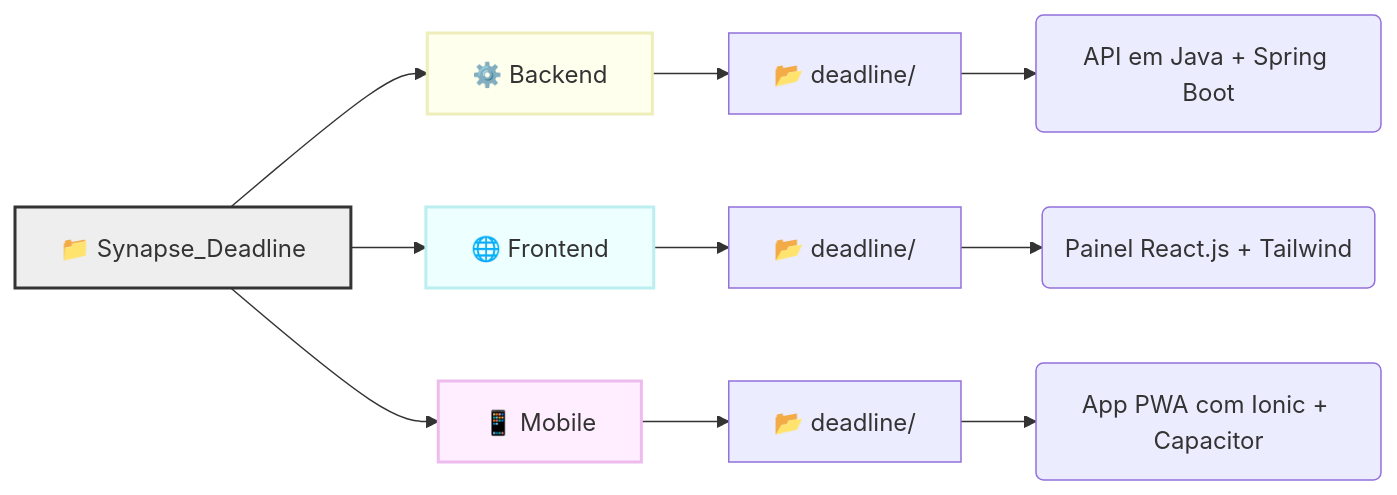
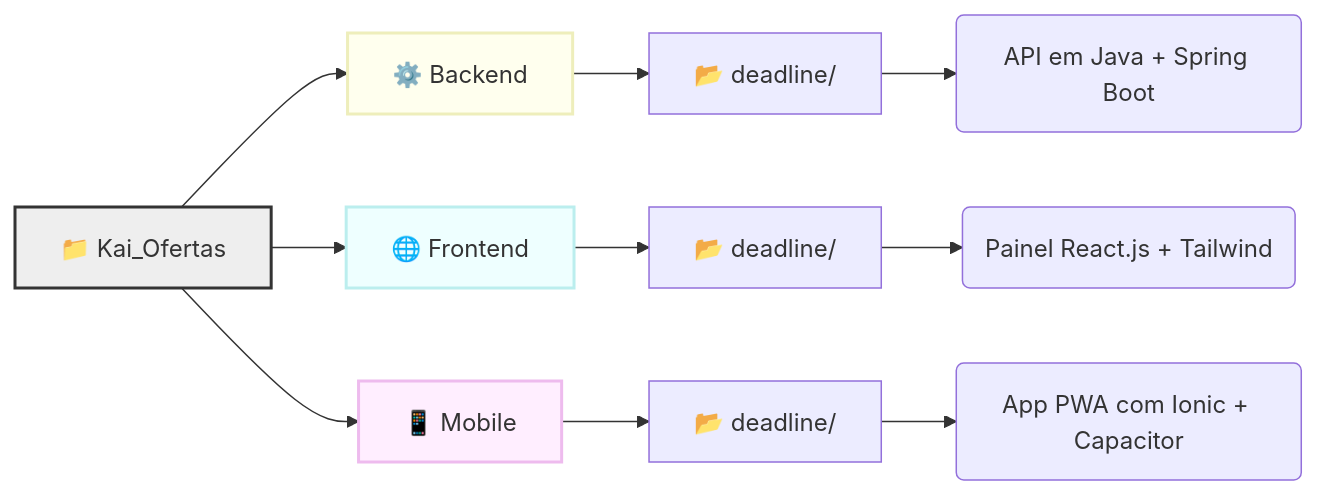
The second of 2 diagrams in README.md (DCF-2/Synapse_Deadline), drawn with Mermaid before and after one commit. The commit also changed other lines of this file and 69 other files, not shown here.

````diff
--- a/README.md
+++ b/README.md
@@ -82,20 +82,20 @@
 ```mermaid
 graph LR
-    R[📁 Synapse_Deadline] --> B[⚙️ Backend]
+    R[📁 Kai_Ofertas] --> B[⚙️ Backend]
     R --> F[🌐 Frontend]
     R --> M[📱 Mobile]
 
     B --> B1[📂 deadline/]
     B1 --> B2(API em Java + Spring Boot)
 
     F --> F1[📂 deadline/]
     F1 --> F2(Painel React.js + Tailwind)
 
     M --> M1[📂 deadline/]
     M1 --> M2(App PWA com Ionic + Capacitor)
     
     style R fill:#eee,stroke:#333,stroke-width:2px
     style B fill:#ffe,stroke:#eeb,stroke-width:2px
     style F fill:#eff,stroke:#bee,stroke-width:2px
     style M fill:#fef,stroke:#ebe,stroke-width:2px
 ```
````
